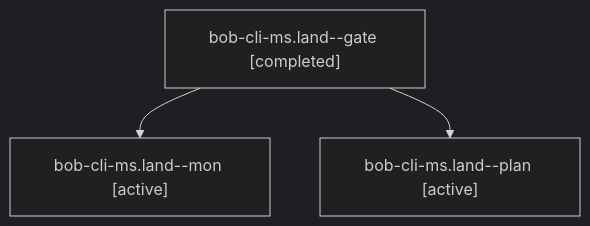
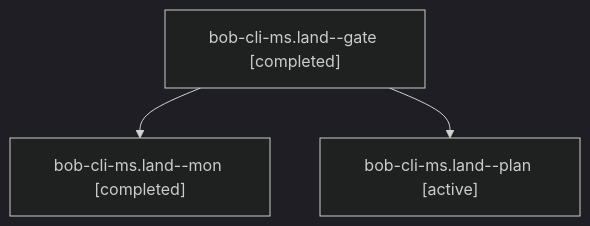
One commit to bobs-org/bob-cli--agents changed the diagram in sessions/bbugyi200.apollo.bob-cli-ms.land.md. Above: the diagram before and after it, drawn with Mermaid (dark theme). The commit also changed other lines of this file and 86 other files, not shown here.

````diff
--- a/sessions/bbugyi200.apollo.bob-cli-ms.land.md
+++ b/sessions/bbugyi200.apollo.bob-cli-ms.land.md
@@ -9,8 +9,8 @@
 ```mermaid
 flowchart TD
   n0["bob-cli-ms.land--gate [completed]"]
-  n1["bob-cli-ms.land--mon [active]"]
+  n1["bob-cli-ms.land--mon [completed]"]
   n0 --> n1
   n2["bob-cli-ms.land--plan [active]"]
   n0 --> n2
 ```
````
